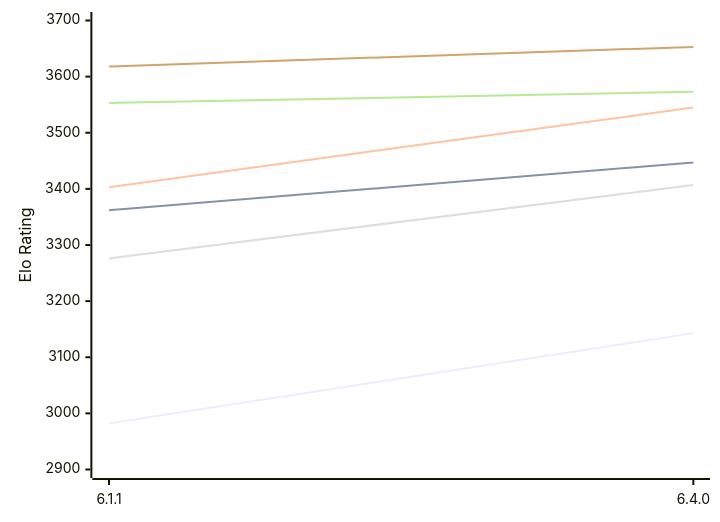
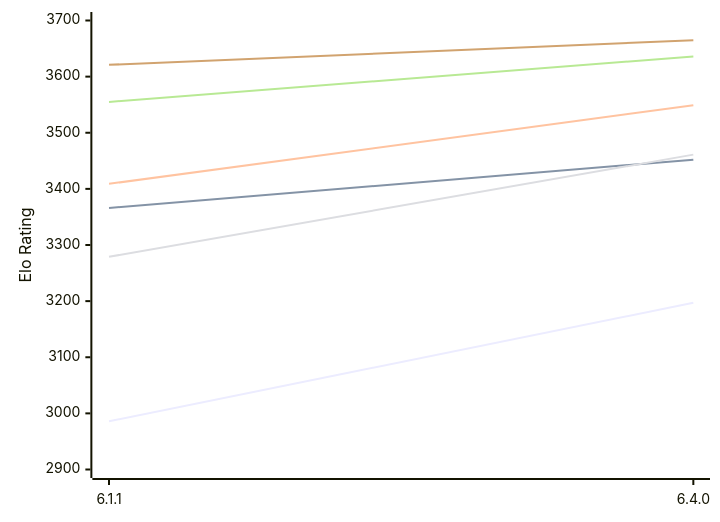
Before and after one commit to computer-chess-index/cci: the first of 2 diagrams in engines/Zigqueen.md, drawn with Mermaid. The commit also changed other lines of this file, not shown here.

Commit message:
Update CCI Ratings (ELO VLTC) - 2026-10-17

````diff
--- a/engines/Zigqueen.md
+++ b/engines/Zigqueen.md
@@ -53,12 +53,12 @@
 ```mermaid
 %%{init: {"theme":"base","themeVariables":{"seriesColors:['#a3a3a3','#222221','#faa371']}}}%%
 xychart-beta
   x-axis ["6.1.1", "6.4.0"]
   y-axis "Elo Rating" 2900 --> 3700
-  line "E1: STC (8.0+0.08s)" [2982, 3143]
-  line "E1: LTC (60.0+0.60s)" [3362, 3447]
-  line "E1: VLTC (2m24s+1.12s)" [3403, 3545]
-  line "P1: STC (8.0+0.08s)" [3276, 3407]
-  line "P1: LTC (60.0+0.60s)" [3553, 3573]
-  line "P1: VLTC (2m24s+1.12s)" [3618, 3653]
+  line "E1: STC (8.0+0.08s)" [2986, 3197]
+  line "E1: LTC (60.0+0.60s)" [3366, 3452]
+  line "E1: VLTC (2m24s+1.12s)" [3409, 3549]
+  line "P1: STC (8.0+0.08s)" [3279, 3461]
+  line "P1: LTC (60.0+0.60s)" [3555, 3636]
+  line "P1: VLTC (2m24s+1.12s)" [3621, 3665]
 ```
````
